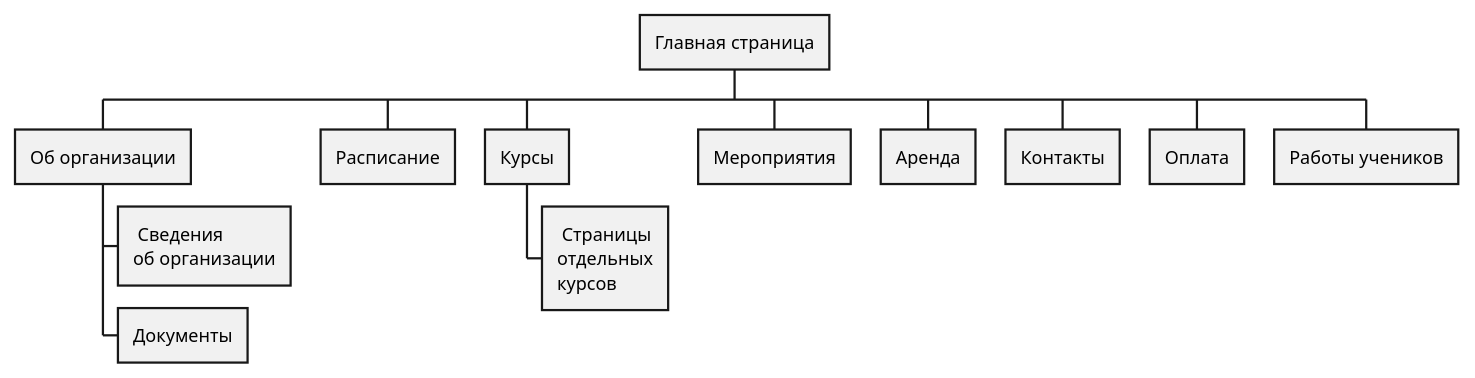
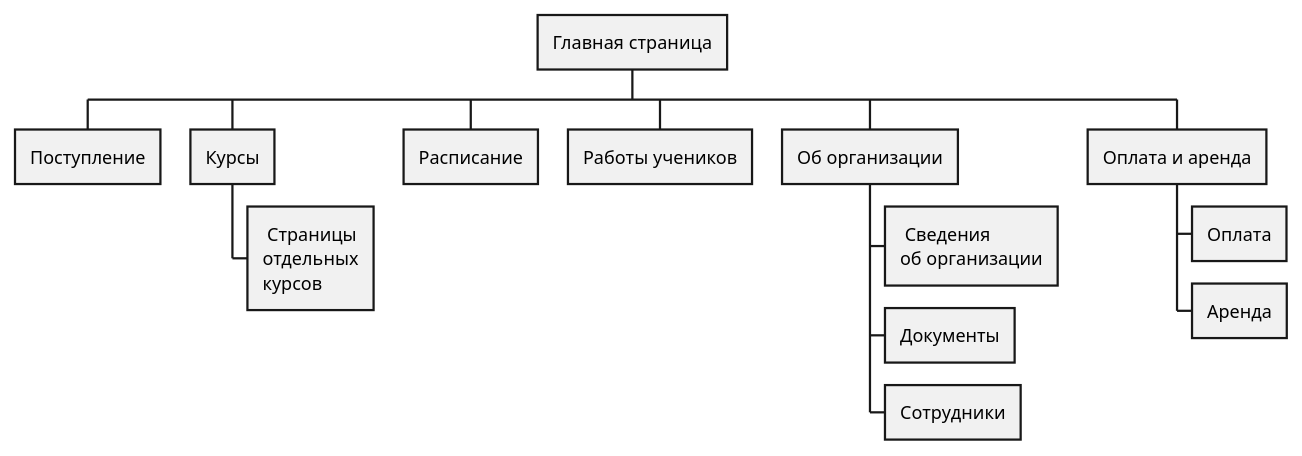
One commit to gitoqe/diploma changed the third of 7 diagrams in functional-structure.md. Above: the diagram before and after it, drawn with PlantUML. The commit also changed other lines of this file, not shown here.

````diff
--- a/functional-structure.md
+++ b/functional-structure.md
@@ -59,19 +54,20 @@
 ```plantuml
 @startwbs
 * Главная страница
+** Поступление
+** Курсы
+***: Страницы
+отдельных
+курсов;
+** Расписание
+** Работы учеников
 ** Об организации
 ***: Сведения
 об организации;
 *** Документы
-** Расписание
-** Курсы
-***: Страницы
-отдельных
-курсов;
-** Мероприятия
-** Аренда
-** Контакты
-** Оплата
-** Работы учеников
+*** Сотрудники
+** Оплата и аренда
+*** Оплата
+*** Аренда
 @endwbs
 ```
````
